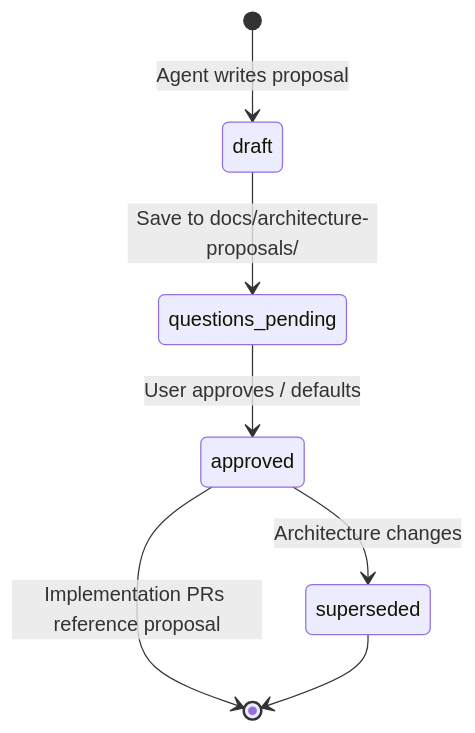
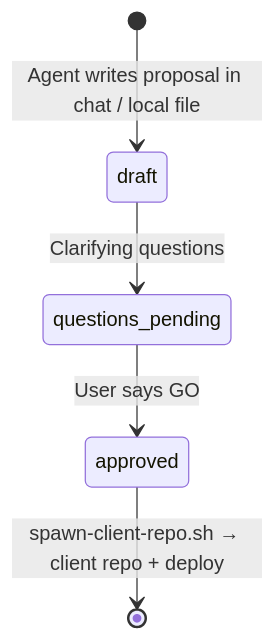
Before and after one commit to rexeven7/databricks-workspace-deploy: the diagram in docs/architecture-proposals/README.md, drawn with Mermaid. The commit also changed other lines of this file and 9 other files, not shown here.

First line of the commit message:
Refine agent documentation and clarify client repo workflow

````diff
--- a/docs/architecture-proposals/README.md
+++ b/docs/architecture-proposals/README.md
@@ -21,9 +22,7 @@
 ```mermaid
 stateDiagram-v2
-  [*] --> draft: Agent writes proposal
-  draft --> questions_pending: Save to docs/architecture-proposals/
-  questions_pending --> approved: User approves / defaults
-  approved --> [*]: Implementation PRs reference proposal
-  approved --> superseded: Architecture changes
-  superseded --> [*]
+  [*] --> draft: Agent writes proposal in chat / local file
+  draft --> questions_pending: Clarifying questions
+  questions_pending --> approved: User says GO
+  approved --> [*]: spawn-client-repo.sh → client repo + deploy
 ```
````
